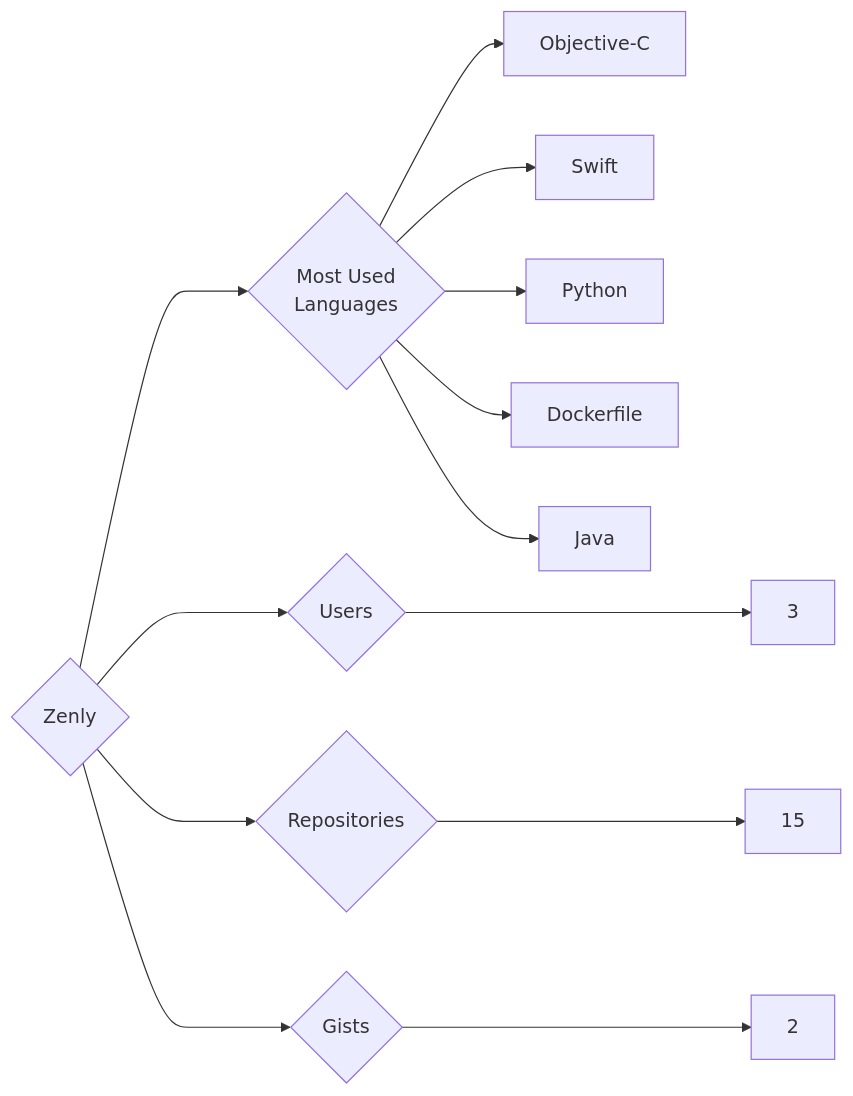
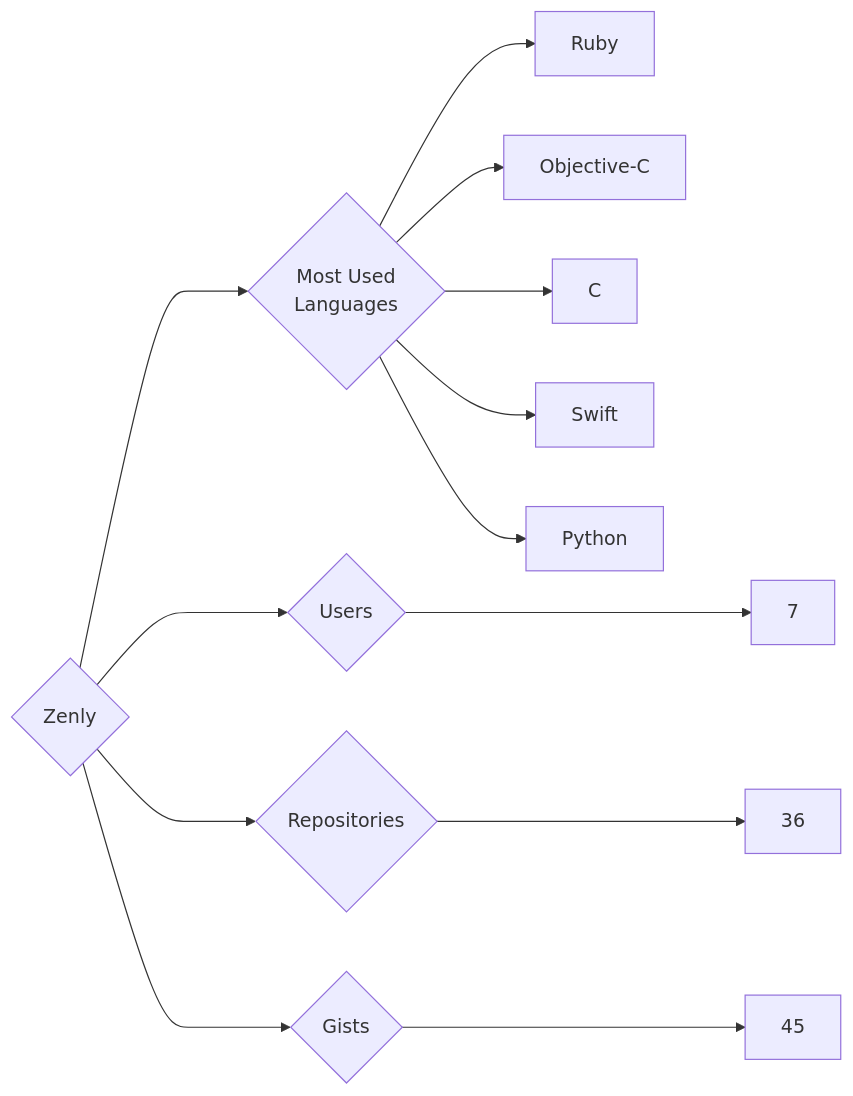
The diagram in targets/Zenly/README.md (trickest/insiders), drawn with Mermaid before and after one commit. The commit also changed 534 other files, not shown here.

````diff
--- a/targets/Zenly/README.md
+++ b/targets/Zenly/README.md
@@ -3,13 +3,13 @@
 ```mermaid
 graph LR
 COMPANY_NAME{Zenly}
-COMPANY_NAME ---> U{Users} ---> UN[3]
-COMPANY_NAME ---> R{Repositories} ---> RN[15]
-COMPANY_NAME ---> G{Gists} ---> GN[2]
+COMPANY_NAME ---> U{Users} ---> UN[7]
+COMPANY_NAME ---> R{Repositories} ---> RN[36]
+COMPANY_NAME ---> G{Gists} ---> GN[45]
 COMPANY_NAME ---> ML{Most Used<br>Languages}
+ML --> Ruby[Ruby]
 ML --> Objective-C[Objective-C]
+ML --> C[C]
 ML --> Swift[Swift]
 ML --> Python[Python]
-ML --> Dockerfile[Dockerfile]
-ML --> Java[Java]
 ```
````
